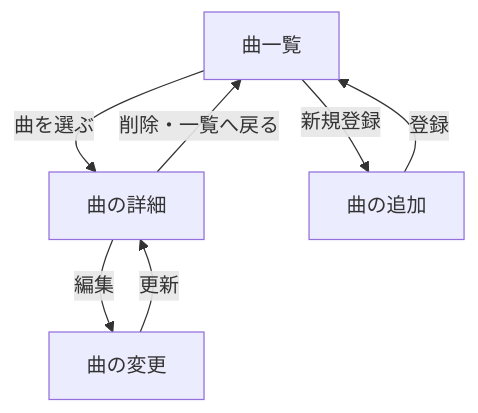
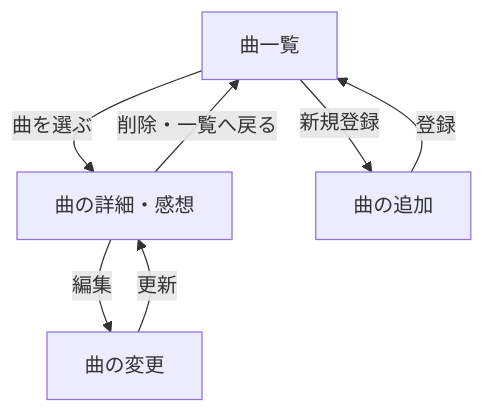
Before and after one commit to Mochi17-bot/webpro_06: the third of 3 diagrams in report-plan.md, drawn with Mermaid. The commit also changed other lines of this file, not shown here.

````diff
--- a/report-plan.md
+++ b/report-plan.md
@@ -68,9 +68,9 @@
 ```mermaid
 flowchart TD
-    A[曲一覧] -->|曲を選ぶ| B[曲の詳細]
+    A[曲一覧] -->|曲を選ぶ| B[曲の詳細・感想]
     A -->|新規登録| C[曲の追加]
     C -->|登録| A
     B -->|編集| D[曲の変更]
     D -->|更新| B
     B -->|削除・一覧へ戻る| A
 ```
````
